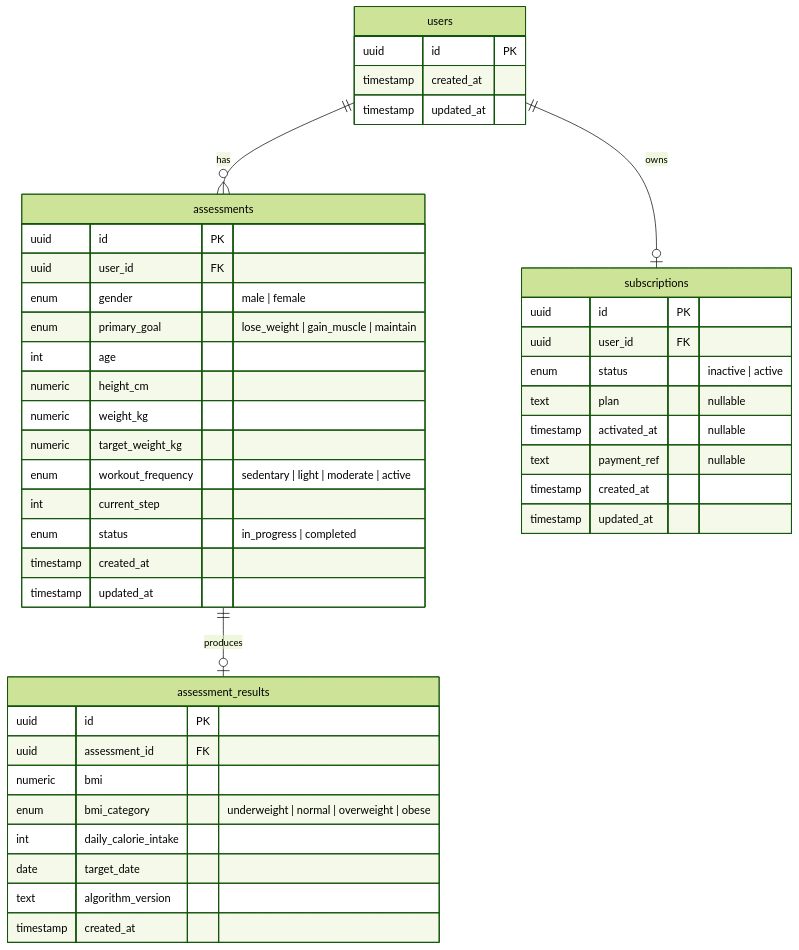
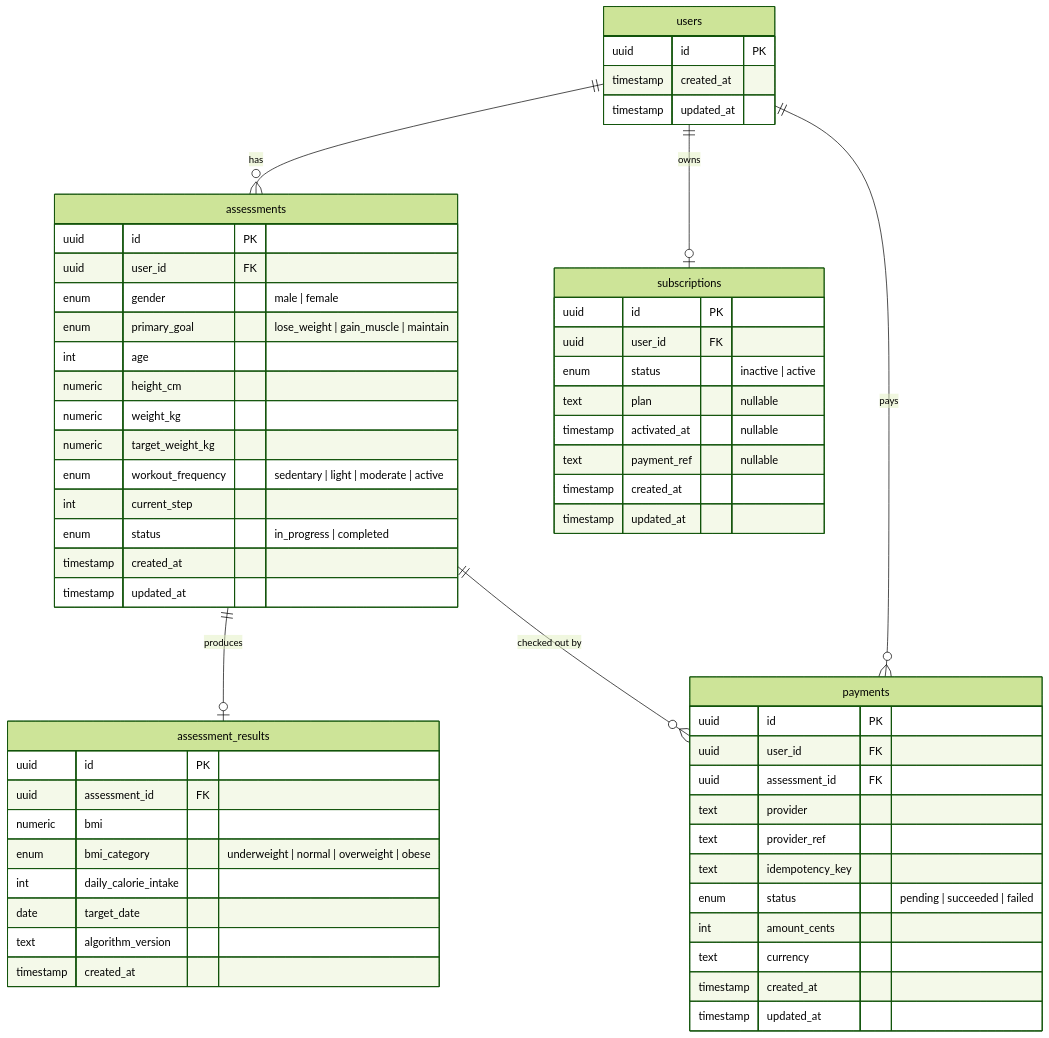
The diagram in docs/db/schema.md (YH7916/BetterMe), drawn with Mermaid (forest theme) before and after one commit. The commit also changed other lines of this file and 30 other files, not shown here.

````diff
--- a/docs/db/schema.md
+++ b/docs/db/schema.md
@@ -5,50 +5,66 @@
 ```mermaid
 erDiagram
     users {
         uuid id PK
         timestamp created_at
         timestamp updated_at
     }
 
     assessments {
         uuid id PK
         uuid user_id FK
         enum gender "male | female"
         enum primary_goal "lose_weight | gain_muscle | maintain"
         int age
         numeric height_cm
         numeric weight_kg
         numeric target_weight_kg
         enum workout_frequency "sedentary | light | moderate | active"
         int current_step
         enum status "in_progress | completed"
         timestamp created_at
         timestamp updated_at
     }
 
     assessment_results {
         uuid id PK
         uuid assessment_id FK
         numeric bmi
         enum bmi_category "underweight | normal | overweight | obese"
         int daily_calorie_intake
         date target_date
         text algorithm_version
         timestamp created_at
     }
 
     subscriptions {
         uuid id PK
         uuid user_id FK
         enum status "inactive | active"
         text plan "nullable"
         timestamp activated_at "nullable"
         text payment_ref "nullable"
         timestamp created_at
         timestamp updated_at
     }
 
+    payments {
+        uuid id PK
+        uuid user_id FK
+        uuid assessment_id FK
+        text provider
+        text provider_ref
+        text idempotency_key
+        enum status "pending | succeeded | failed"
+        int amount_cents
+        text currency
+        timestamp created_at
+        timestamp updated_at
+    }
+
     users ||--o{ assessments : "has"
     assessments ||--o| assessment_results : "produces"
     users ||--o| subscriptions : "owns"
+    users ||--o{ payments : "pays"
+    assessments ||--o{ payments : "checked out by"
 ```
````
